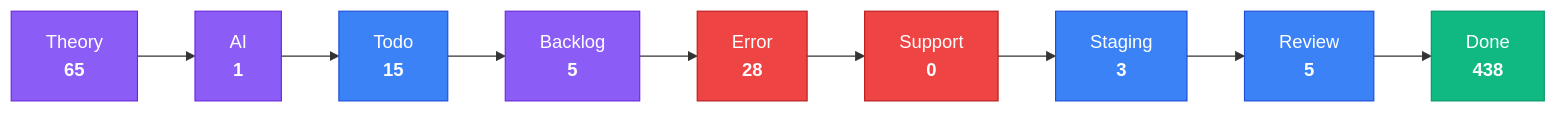
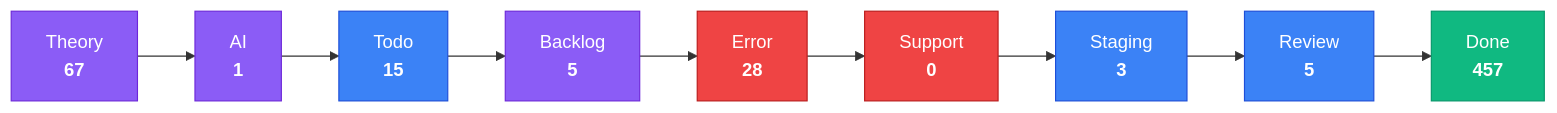
One commit to KBVE/kbve changed the third of 4 diagrams in apps/kbve/astro-kbve/src/content/docs/dashboard/kanban-data.mdx. Above: the diagram before and after it, drawn with Mermaid. The commit also changed other lines of this file and 8 other files, not shown here.

````diff
--- a/apps/kbve/astro-kbve/src/content/docs/dashboard/kanban-data.mdx
+++ b/apps/kbve/astro-kbve/src/content/docs/dashboard/kanban-data.mdx
@@ -80,28 +80,28 @@
 ```mermaid
 flowchart LR
     classDef planning fill:#8b5cf6,stroke:#6d28d9,color:#fff
     classDef active fill:#3b82f6,stroke:#1d4ed8,color:#fff
     classDef blocked fill:#ef4444,stroke:#b91c1c,color:#fff
     classDef done fill:#10b981,stroke:#059669,color:#fff
-    Theory["Theory<br/><strong>65</strong>"]
+    Theory["Theory<br/><strong>67</strong>"]
     Theory --> AI
     AI["AI<br/><strong>1</strong>"]
     AI --> Todo
     Todo["Todo<br/><strong>15</strong>"]
     Todo --> Backlog
     Backlog["Backlog<br/><strong>5</strong>"]
     Backlog --> Error
     Error["Error<br/><strong>28</strong>"]
     Error --> Support
     Support["Support<br/><strong>0</strong>"]
     Support --> Staging
     Staging["Staging<br/><strong>3</strong>"]
     Staging --> Review
     Review["Review<br/><strong>5</strong>"]
     Review --> Done
-    Done["Done<br/><strong>438</strong>"]
+    Done["Done<br/><strong>457</strong>"]
     class Theory,AI,Backlog planning
     class Todo,Staging,Review active
     class Error,Support blocked
     class Done done
 ```
````
